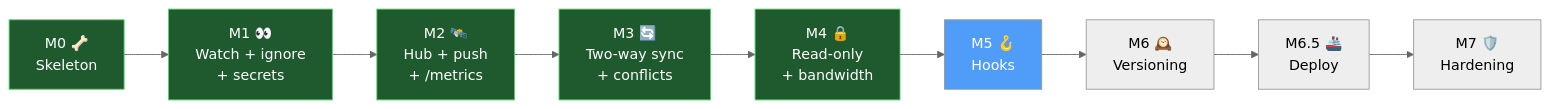
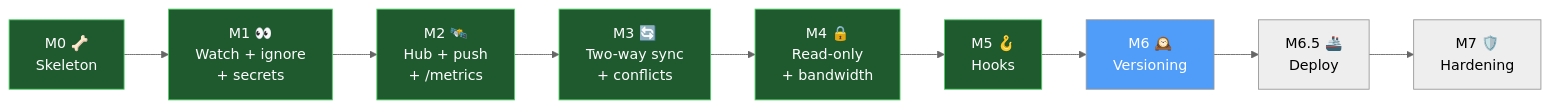
One commit to shoemoney/devbox changed the sixth of 6 diagrams in README.md. Above: the diagram before and after it, drawn with Mermaid (neutral theme). The commit also changed other lines of this file, not shown here.

````diff
--- a/README.md
+++ b/README.md
@@ -456,17 +457,18 @@
 ```mermaid
 flowchart LR
     M0["M0 🦴\nSkeleton"] --> M1["M1 👀\nWatch + ignore\n+ secrets"]
     M1 --> M2["M2 🛰️\nHub + push\n+ /metrics"]
     M2 --> M3["M3 🔄\nTwo-way sync\n+ conflicts"]
     M3 --> M4["M4 🔒\nRead-only\n+ bandwidth"]
     M4 --> M5["M5 🪝\nHooks"]
     M5 --> M6["M6 🕰️\nVersioning"]
     M6 --> M65["M6.5 🚢\nDeploy"]
     M65 --> M7["M7 🛡️\nHardening"]
     style M0 fill:#1e5a2e,stroke:#51cf66,color:#fff
     style M1 fill:#1e5a2e,stroke:#51cf66,color:#fff
     style M2 fill:#1e5a2e,stroke:#51cf66,color:#fff
     style M3 fill:#1e5a2e,stroke:#51cf66,color:#fff
     style M4 fill:#1e5a2e,stroke:#51cf66,color:#fff
-    style M5 fill:#4F9CF9,color:#fff
+    style M5 fill:#1e5a2e,stroke:#51cf66,color:#fff
+    style M6 fill:#4F9CF9,color:#fff
 ```
````
